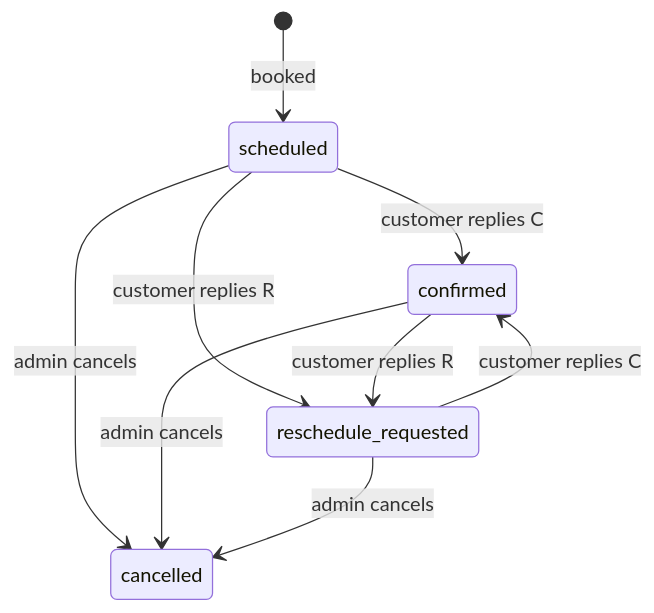
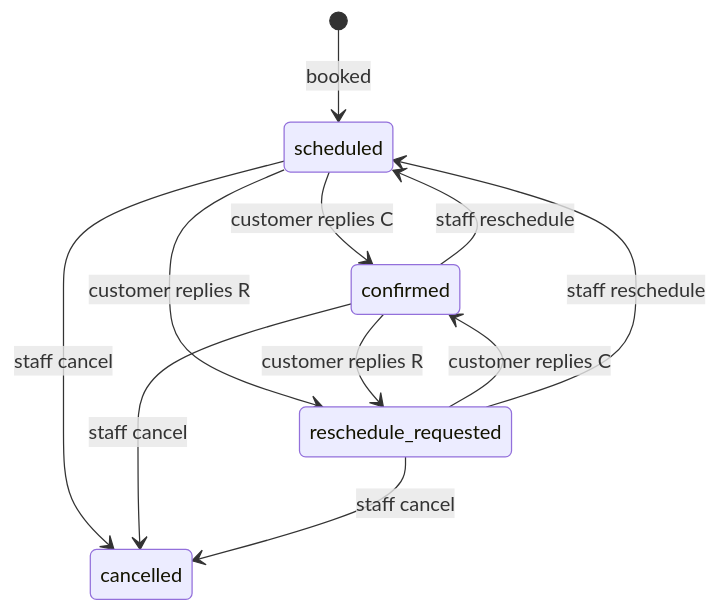
The second of 2 diagrams in README.md (parv15/appointment-reminders), drawn with Mermaid before and after one commit. The commit also changed other lines of this file and 35 other files, not shown here.

````diff
--- a/README.md
+++ b/README.md
@@ -73,11 +206,13 @@
 ```mermaid
 stateDiagram-v2
     [*] --> scheduled: booked
     scheduled --> confirmed: customer replies C
     scheduled --> reschedule_requested: customer replies R
     confirmed --> reschedule_requested: customer replies R
     reschedule_requested --> confirmed: customer replies C
-    scheduled --> cancelled: admin cancels
-    confirmed --> cancelled: admin cancels
-    reschedule_requested --> cancelled: admin cancels
+    reschedule_requested --> scheduled: staff reschedule
+    confirmed --> scheduled: staff reschedule
+    scheduled --> cancelled: staff cancel
+    confirmed --> cancelled: staff cancel
+    reschedule_requested --> cancelled: staff cancel
 ```
````
